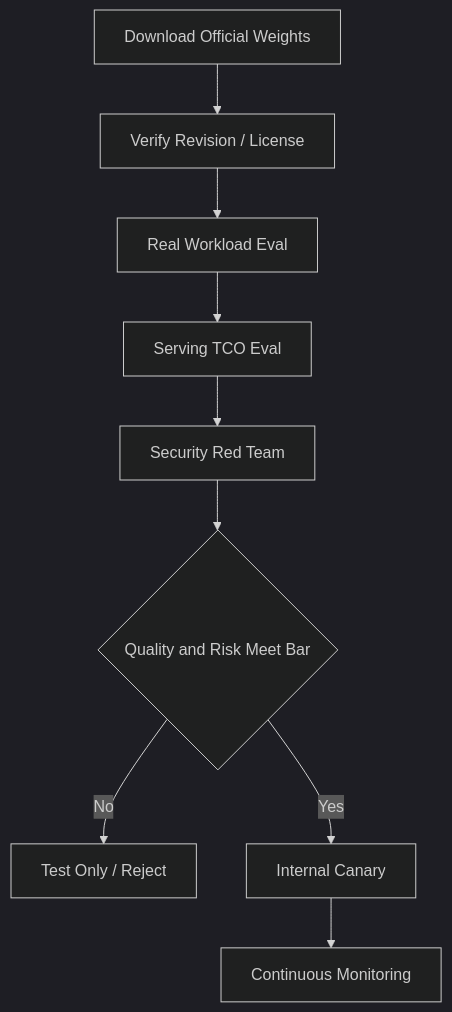
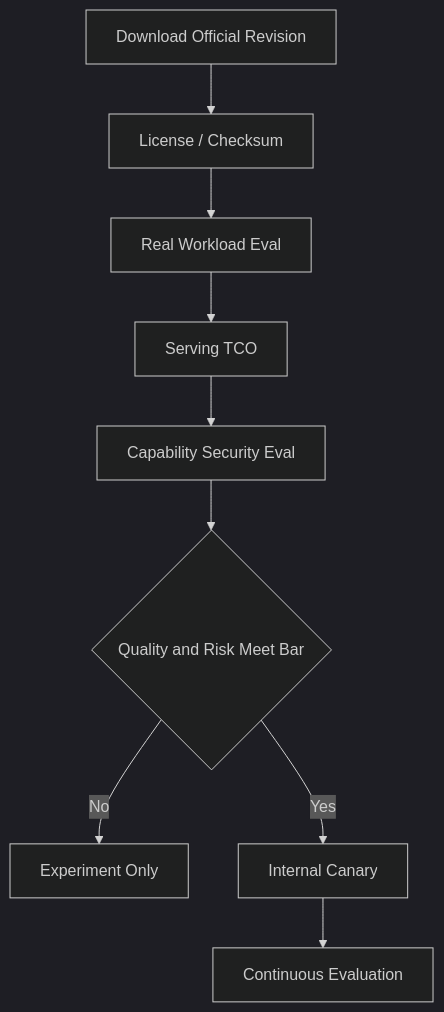
One commit to wlf186/ai-daily-headlines changed diagram 12 of 20 in 260829.md. Above: the diagram before and after it, drawn with Mermaid (dark theme). The commit also changed other lines of this file, not shown here.

````diff
--- a/260829.md
+++ b/260829.md
@@ -655,11 +578,11 @@
 ```mermaid
 flowchart TD
-    GA1[Download Official Weights] --> GA2[Verify Revision / License]
+    GA1[Download Official Revision] --> GA2[License / Checksum]
     GA2 --> GA3[Real Workload Eval]
-    GA3 --> GA4[Serving TCO Eval]
-    GA4 --> GA5[Security Red Team]
+    GA3 --> GA4[Serving TCO]
+    GA4 --> GA5[Capability Security Eval]
     GA5 --> GA6{Quality and Risk Meet Bar}
-    GA6 -- No --> GA7[Test Only / Reject]
+    GA6 -- No --> GA7[Experiment Only]
     GA6 -- Yes --> GA8[Internal Canary]
-    GA8 --> GA9[Continuous Monitoring]
+    GA8 --> GA9[Continuous Evaluation]
 ```
````
